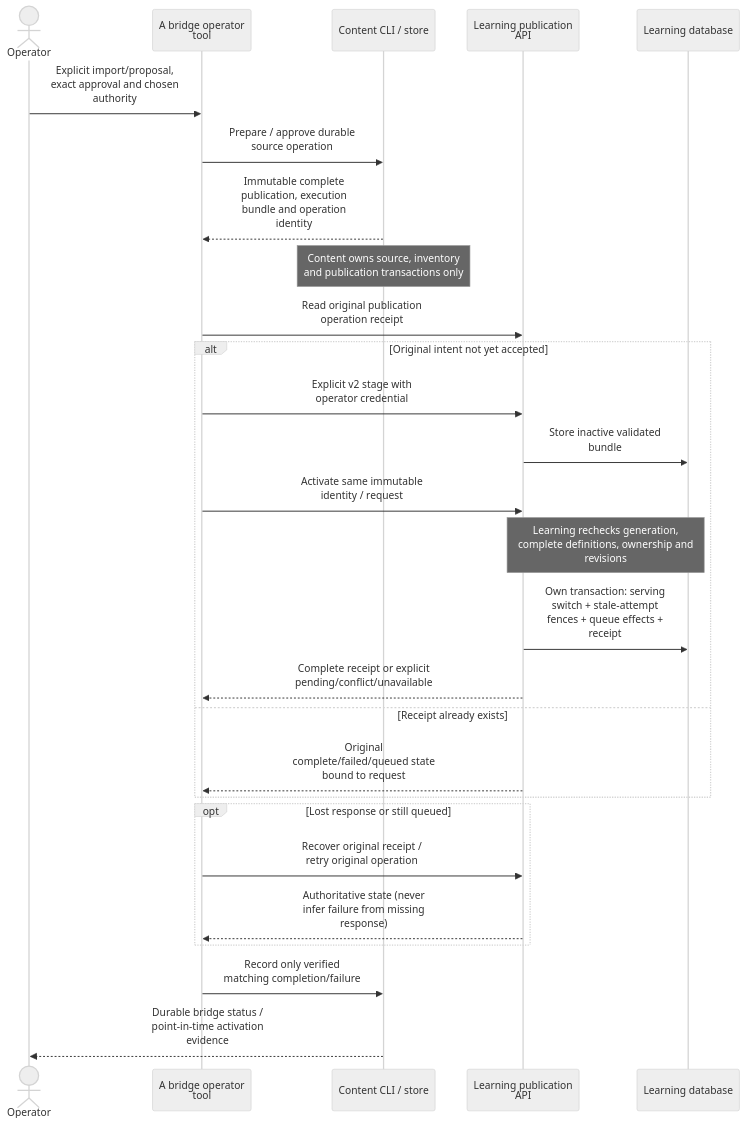
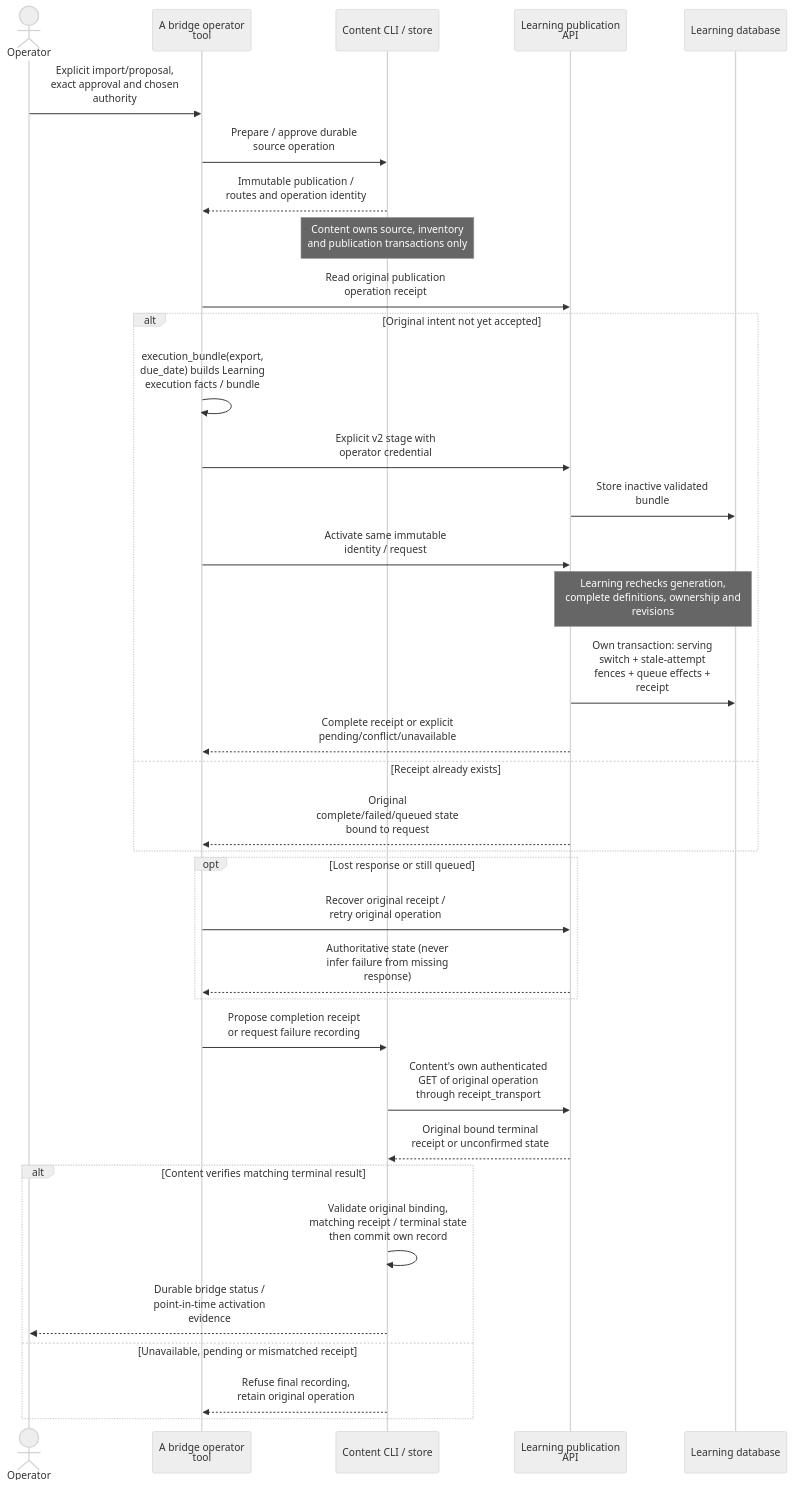
The third of 4 diagrams in docs/architecture/diagrams/flows.md (aaweaver-actuary/tempo), drawn with Mermaid (neutral theme) before and after one commit. The commit also changed other lines of this file and 3 other files, not shown here.

Commit message:
docs: show request execution gaps and receipt verification owners

````diff
--- a/docs/architecture/diagrams/flows.md
+++ b/docs/architecture/diagrams/flows.md
@@ -182,29 +183,37 @@
 ```mermaid
 sequenceDiagram
   actor Operator
   participant B as A bridge operator<br/>tool
   participant C as Content CLI / store
   participant L as Learning publication<br/>API
   participant D as Learning database
   Operator->>B: Explicit import/proposal,<br/>exact approval and chosen<br/>authority
   B->>C: Prepare / approve durable<br/>source operation
-  C-->>B: Immutable complete<br/>publication, execution<br/>bundle and operation<br/>identity
+  C-->>B: Immutable publication /<br/>routes and operation identity
   Note over C: Content owns source, inventory<br/>and publication transactions only
   B->>L: Read original publication<br/>operation receipt
   alt Original intent not yet accepted
+    B->>B: execution_bundle(export,<br/>due_date) builds Learning<br/>execution facts / bundle
     B->>L: Explicit v2 stage with<br/>operator credential
     L->>D: Store inactive validated<br/>bundle
     B->>L: Activate same immutable<br/>identity / request
     Note over L,D: Learning rechecks generation,<br/>complete definitions, ownership and<br/>revisions
     L->>D: Own transaction: serving<br/>switch + stale-attempt<br/>fences + queue effects +<br/>receipt
     L-->>B: Complete receipt or explicit<br/>pending/conflict/unavailable
   else Receipt already exists
     L-->>B: Original<br/>complete/failed/queued state<br/>bound to request
   end
   opt Lost response or still queued
     B->>L: Recover original receipt /<br/>retry original operation
     L-->>B: Authoritative state (never<br/>infer failure from missing<br/>response)
   end
-  B->>C: Record only verified<br/>matching completion/failure
-  C-->>Operator: Durable bridge status /<br/>point-in-time activation<br/>evidence
+  B->>C: Propose completion receipt<br/>or request failure recording
+  C->>L: Content's own authenticated<br/>GET of original operation<br/>through receipt_transport
+  L-->>C: Original bound terminal<br/>receipt or unconfirmed state
+  alt Content verifies matching terminal result
+    C->>C: Validate original binding,<br/>matching receipt / terminal state<br/>then commit own record
+    C-->>Operator: Durable bridge status /<br/>point-in-time activation<br/>evidence
+  else Unavailable, pending or mismatched receipt
+    C-->>B: Refuse final recording,<br/>retain original operation
+  end
 ```
````
